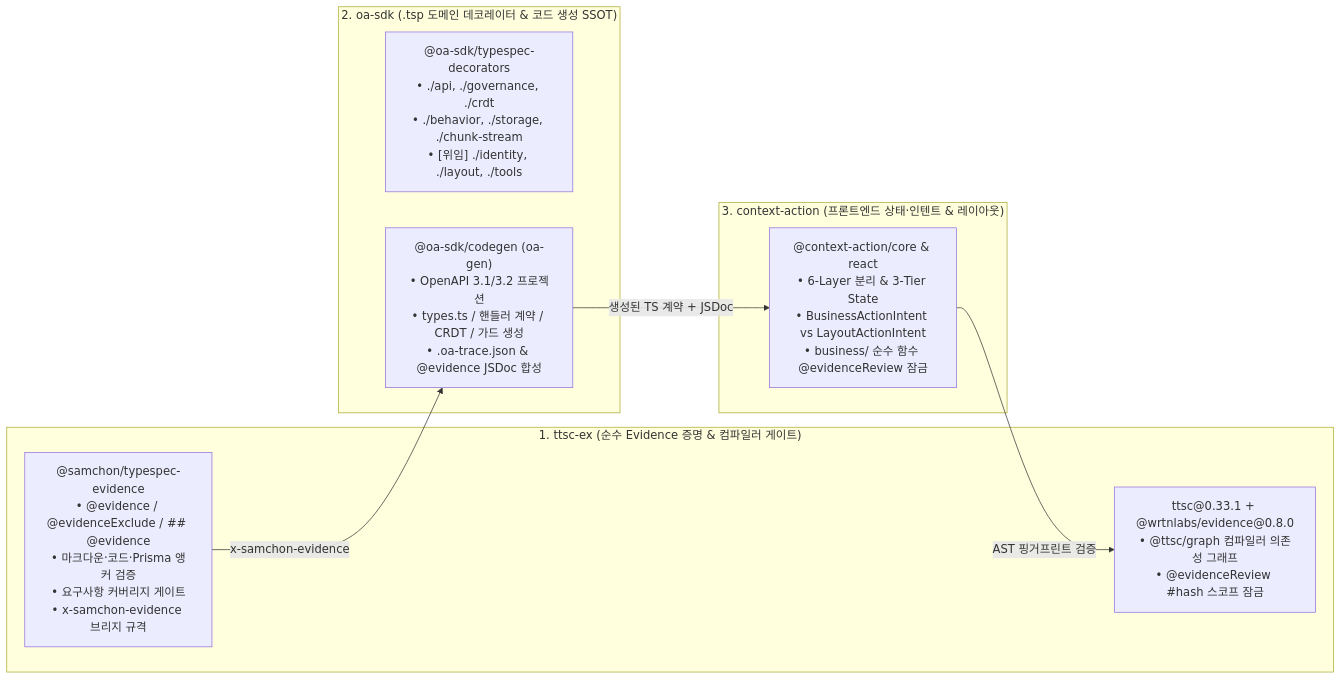
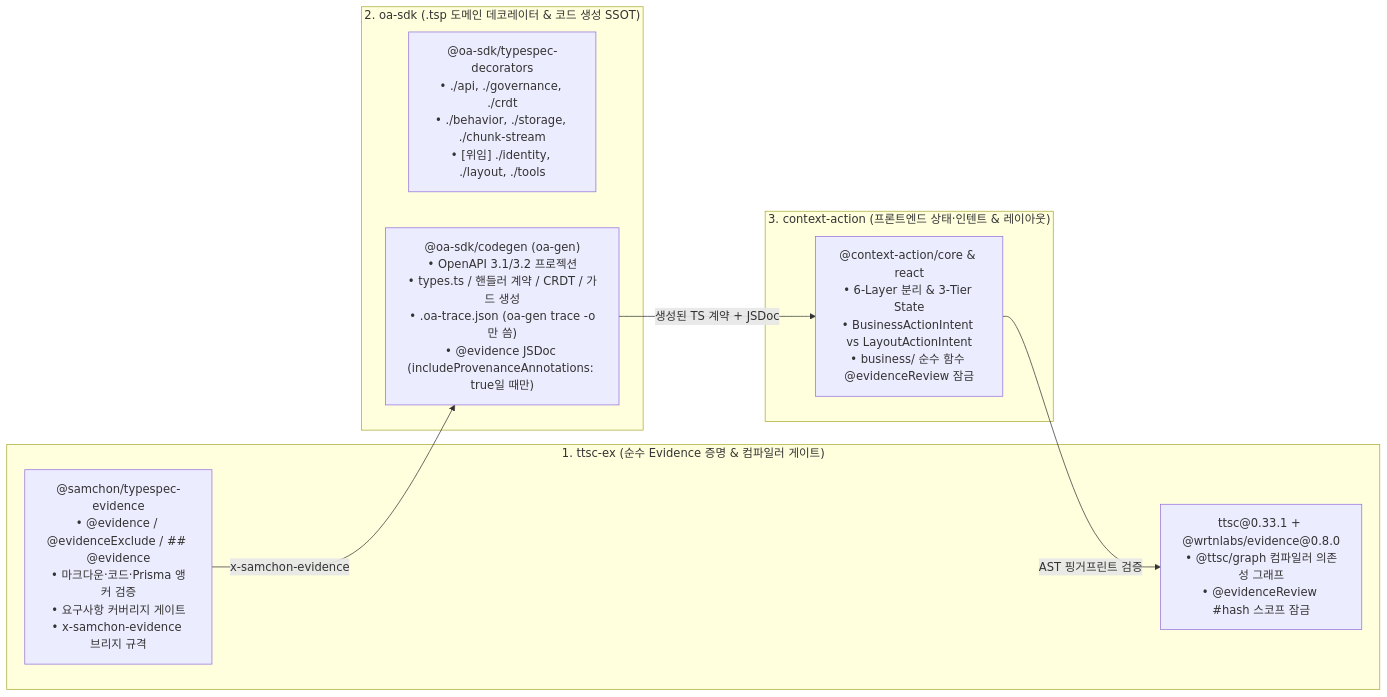
Before and after one commit to mineclover/oa-sdk: the diagram in docs/guides/ttsc-ex-delegation-and-sync-guide.md, drawn with Mermaid. The commit also changed other lines of this file and 30 other files, not shown here.

````diff
--- a/docs/guides/ttsc-ex-delegation-and-sync-guide.md
+++ b/docs/guides/ttsc-ex-delegation-and-sync-guide.md
@@ -22,20 +22,20 @@
 ```mermaid
 flowchart LR
     subgraph TTSC ["1. ttsc-ex (순수 Evidence 증명 & 컴파일러 게이트)"]
         T1["@samchon/typespec-evidence\n• @evidence / @evidenceExclude / ## @evidence\n• 마크다운·코드·Prisma 앵커 검증\n• 요구사항 커버리지 게이트\n• x-samchon-evidence 브리지 규격"]
         T2["ttsc@0.33.1 + @wrtnlabs/evidence@0.8.0\n• @ttsc/graph 컴파일러 의존성 그래프\n• @evidenceReview #hash 스코프 잠금"]
     end
 
     subgraph OASDK ["2. oa-sdk (.tsp 도메인 데코레이터 & 코드 생성 SSOT)"]
         O1["@oa-sdk/typespec-decorators\n• ./api, ./governance, ./crdt\n• ./behavior, ./storage, ./chunk-stream\n• [위임] ./identity, ./layout, ./tools"]
-        O2["@oa-sdk/codegen (oa-gen)\n• OpenAPI 3.1/3.2 프로젝션\n• types.ts / 핸들러 계약 / CRDT / 가드 생성\n• .oa-trace.json & @evidence JSDoc 합성"]
+        O2["@oa-sdk/codegen (oa-gen)\n• OpenAPI 3.1/3.2 프로젝션\n• types.ts / 핸들러 계약 / CRDT / 가드 생성\n• .oa-trace.json (oa-gen trace -o만 씀)\n• @evidence JSDoc (includeProvenanceAnnotations: true일 때만)"]
     end
 
     subgraph CA ["3. context-action (프론트엔드 상태·인텐트 & 레이아웃)"]
         C1["@context-action/core & react\n• 6-Layer 분리 & 3-Tier State\n• BusinessActionIntent vs LayoutActionIntent\n• business/ 순수 함수 @evidenceReview 잠금"]
     end
 
     T1 -- "x-samchon-evidence" --> O2
     O2 -- "생성된 TS 계약 + JSDoc" --> C1
     C1 -- "AST 핑거프린트 검증" --> T2
 ```
````
